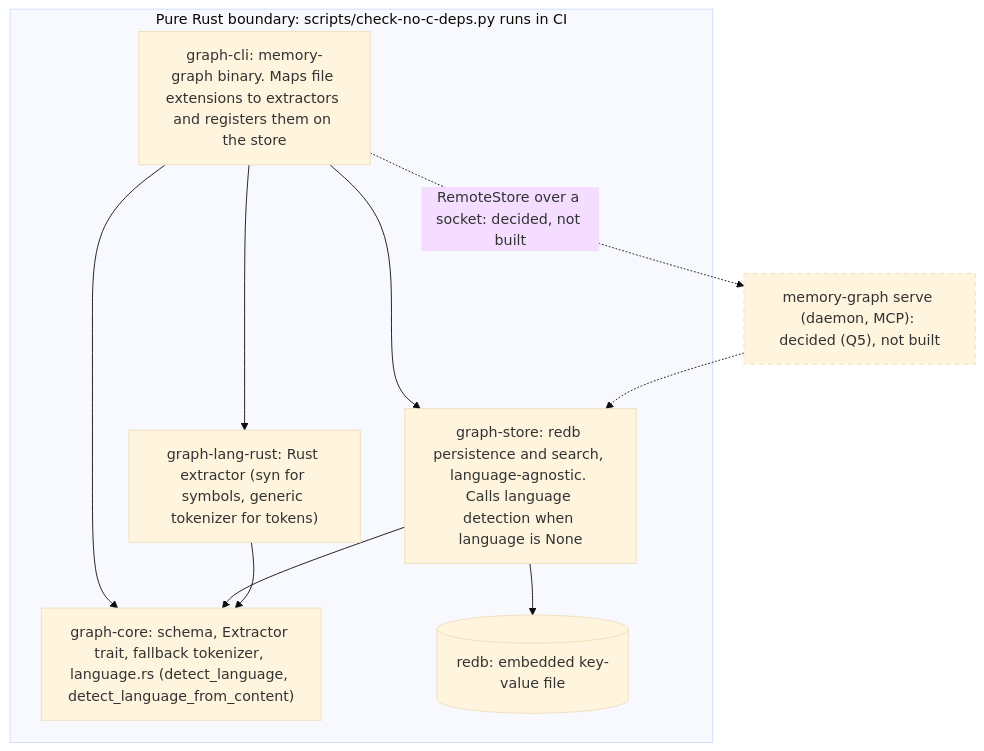
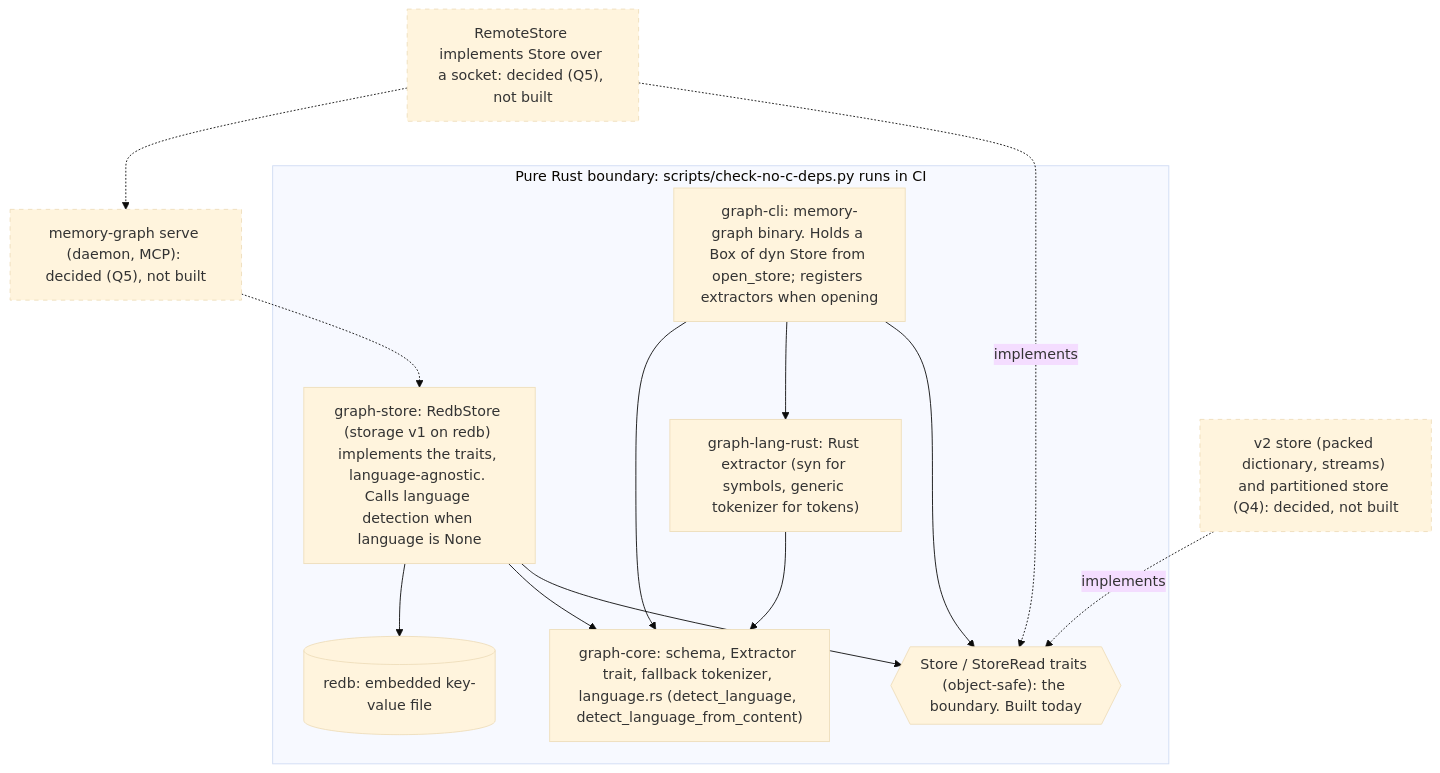
Before and after one commit to P47Phoenix/memory-graph: the fifth of 19 diagrams in docs/architecture-diagrams.md, drawn with Mermaid (base theme). The commit also changed other lines of this file and 13 other files, not shown here.

First line of the commit message:
Store trait: backend-agnostic Store interface with conformance suite (ADR 0003 story 1)

````diff
--- a/docs/architecture-diagrams.md
+++ b/docs/architecture-diagrams.md
@@ -156,20 +156,28 @@
 ```mermaid
 flowchart TD
     subgraph PURE["Pure Rust boundary: scripts/check-no-c-deps.py runs in CI"]
-        CLI["graph-cli: memory-graph binary. Maps file extensions to extractors and registers them on the store"]
+        CLI["graph-cli: memory-graph binary. Holds a Box of dyn Store from open_store; registers extractors when opening"]
         LANG["graph-lang-rust: Rust extractor (syn for symbols, generic tokenizer for tokens)"]
-        STORE["graph-store: redb persistence and search, language-agnostic. Calls language detection when language is None"]
+        TRAIT{{"Store / StoreRead traits (object-safe): the boundary. Built today"}}
+        STORE["graph-store: RedbStore (storage v1 on redb) implements the traits, language-agnostic. Calls language detection when language is None"]
         CORE["graph-core: schema, Extractor trait, fallback tokenizer, language.rs (detect_language, detect_language_from_content)"]
         REDB[("redb: embedded key-value file")]
-        CLI --> STORE
+        CLI --> TRAIT
+        STORE --> TRAIT
         CLI --> LANG
         CLI --> CORE
         STORE --> CORE
         LANG --> CORE
         STORE --> REDB
     end
     SERVE["memory-graph serve (daemon, MCP): decided (Q5), not built"]
+    REMOTE["RemoteStore implements Store over a socket: decided (Q5), not built"]
+    V2["v2 store (packed dictionary, streams) and partitioned store (Q4): decided, not built"]
     SERVE -.-> STORE
-    CLI -.->|"RemoteStore over a socket: decided, not built"| SERVE
+    REMOTE -.->|"implements"| TRAIT
+    REMOTE -.-> SERVE
+    V2 -.->|"implements"| TRAIT
     style SERVE stroke-dasharray: 5 5
+    style REMOTE stroke-dasharray: 5 5
+    style V2 stroke-dasharray: 5 5
 ```
````
